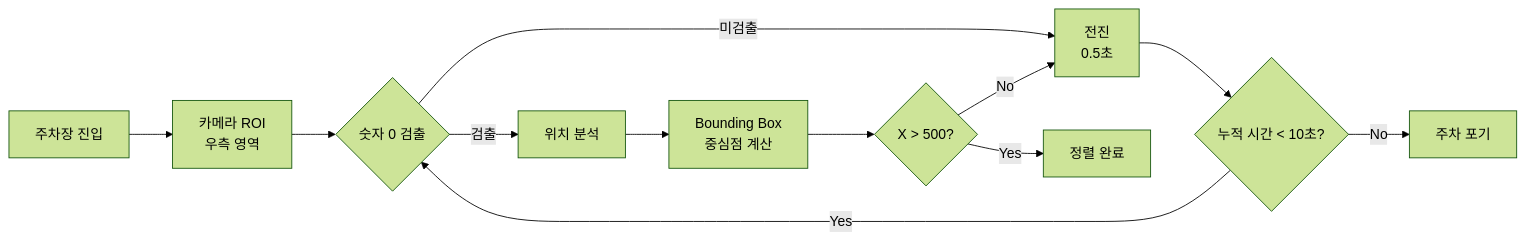
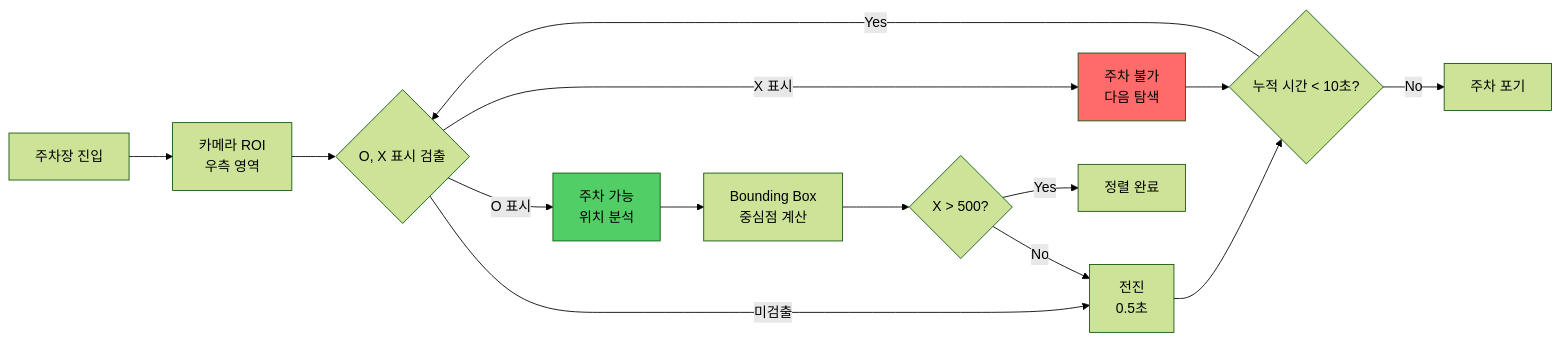
Diagram 20 of 45 in 06_final_self_driving/_1단계_요구사항_분석.md (Collegenie-X/Raspbot-v2-self-driving-car), drawn with Mermaid (forest theme) before and after one commit. The commit also changed other lines of this file and 7 other files, not shown here.

````diff
--- a/06_final_self_driving/_1단계_요구사항_분석.md
+++ b/06_final_self_driving/_1단계_요구사항_분석.md
@@ -775,17 +787,22 @@
 ```mermaid
 flowchart LR
     A[주차장 진입] --> B[카메라 ROI<br/>우측 영역]
     
-    B --> C{숫자 0 검출}
+    B --> C{O, X 표시 검출}
     C -->|미검출| D[전진<br/>0.5초]
-    C -->|검출| E[위치 분석]
+    C -->|X 표시| E[주차 불가<br/>다음 탐색]
+    C -->|O 표시| F[주차 가능<br/>위치 분석]
     
-    D --> F{누적 시간 < 10초?}
-    F -->|Yes| C
-    F -->|No| G[주차 포기]
+    D --> G{누적 시간 < 10초?}
+    E --> G
+    G -->|Yes| C
+    G -->|No| H[주차 포기]
     
-    E --> H[Bounding Box<br/>중심점 계산]
-    H --> I{X > 500?}
-    I -->|No| D
-    I -->|Yes| J[정렬 완료]
+    F --> I[Bounding Box<br/>중심점 계산]
+    I --> J{X > 500?}
+    J -->|No| D
+    J -->|Yes| K[정렬 완료]
+    
+    style E fill:#ff6b6b
+    style F fill:#51cf66
 ```
````
